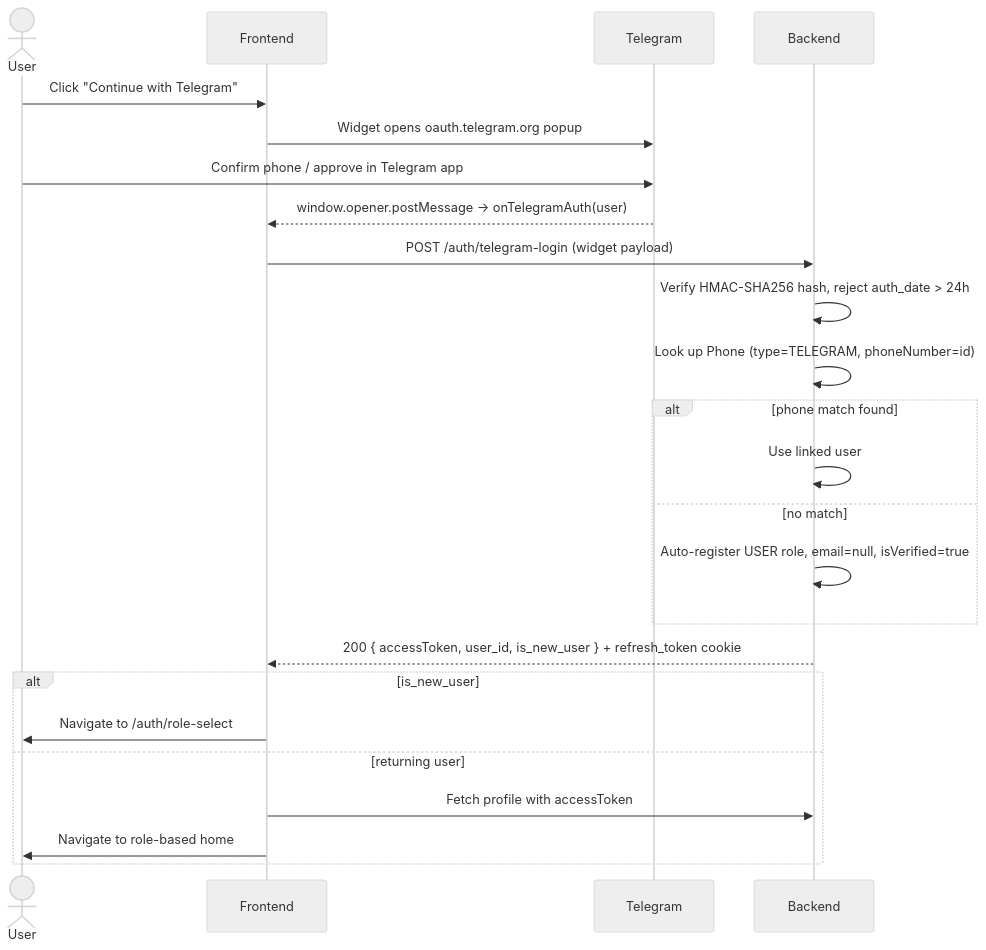
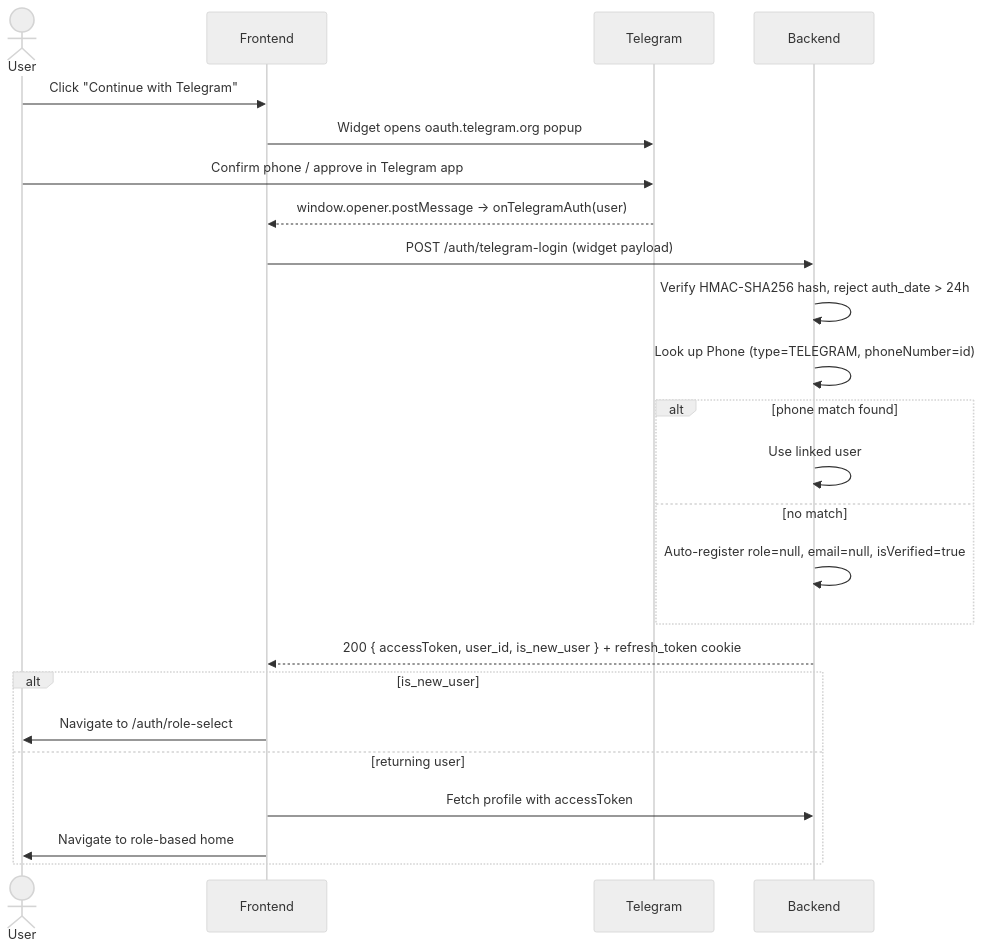
The first of 2 diagrams in docs/AUTH-FLOW.md (Ulvy156/back-end-room), drawn with Mermaid (neutral theme) before and after one commit. The commit also changed other lines of this file and 8 other files, not shown here.

Commit message:
feat(auth): update role handling in authentication flow and DTOs for improved user experience

````diff
--- a/docs/AUTH-FLOW.md
+++ b/docs/AUTH-FLOW.md
@@ -34,27 +34,27 @@
 ```mermaid
 sequenceDiagram
     actor User
     participant FE as Frontend
     participant TG as Telegram
     participant BE as Backend
 
     User->>FE: Click "Continue with Telegram"
     FE->>TG: Widget opens oauth.telegram.org popup
     User->>TG: Confirm phone / approve in Telegram app
     TG-->>FE: window.opener.postMessage -> onTelegramAuth(user)
     FE->>BE: POST /auth/telegram-login (widget payload)
     BE->>BE: Verify HMAC-SHA256 hash, reject auth_date > 24h
     BE->>BE: Look up Phone (type=TELEGRAM, phoneNumber=id)
     alt phone match found
         BE->>BE: Use linked user
     else no match
-        BE->>BE: Auto-register USER role, email=null, isVerified=true
+        BE->>BE: Auto-register role=null, email=null, isVerified=true
     end
     BE-->>FE: 200 { accessToken, user_id, is_new_user } + refresh_token cookie
     alt is_new_user
         FE->>User: Navigate to /auth/role-select
     else returning user
         FE->>BE: Fetch profile with accessToken
         FE->>User: Navigate to role-based home
     end
 ```
````
